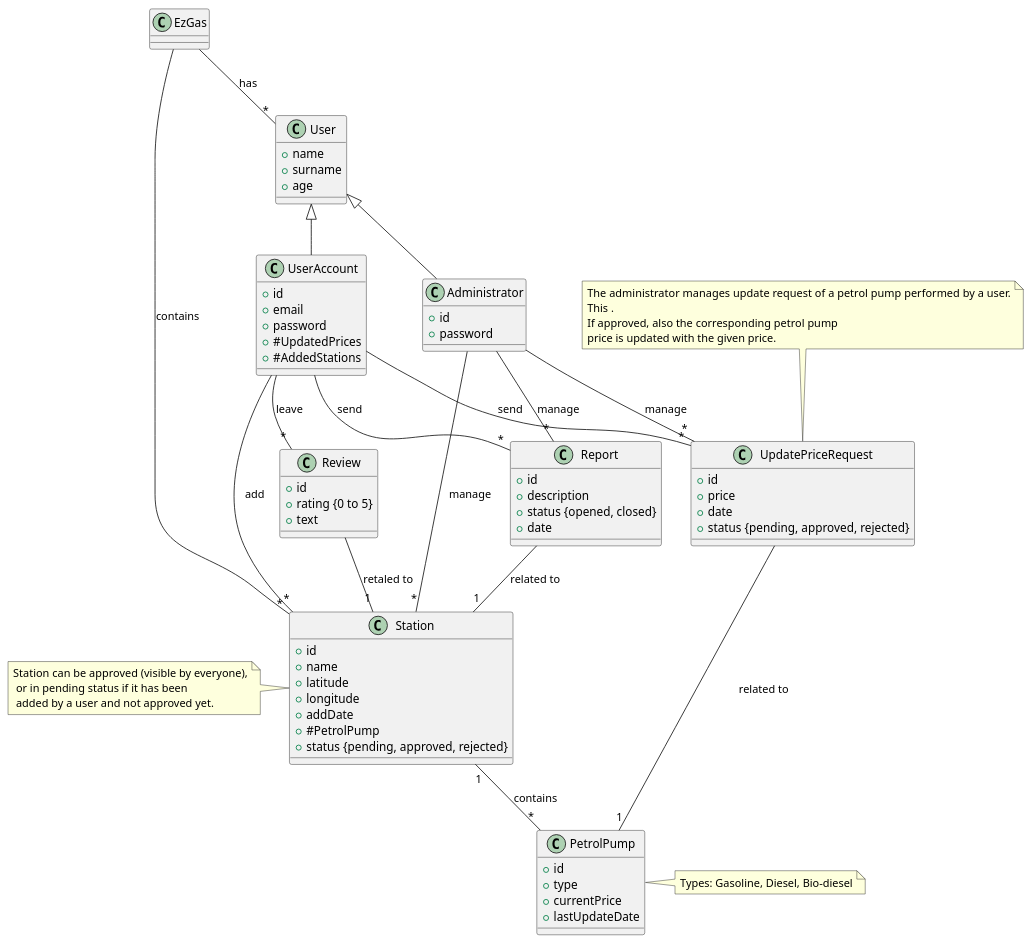
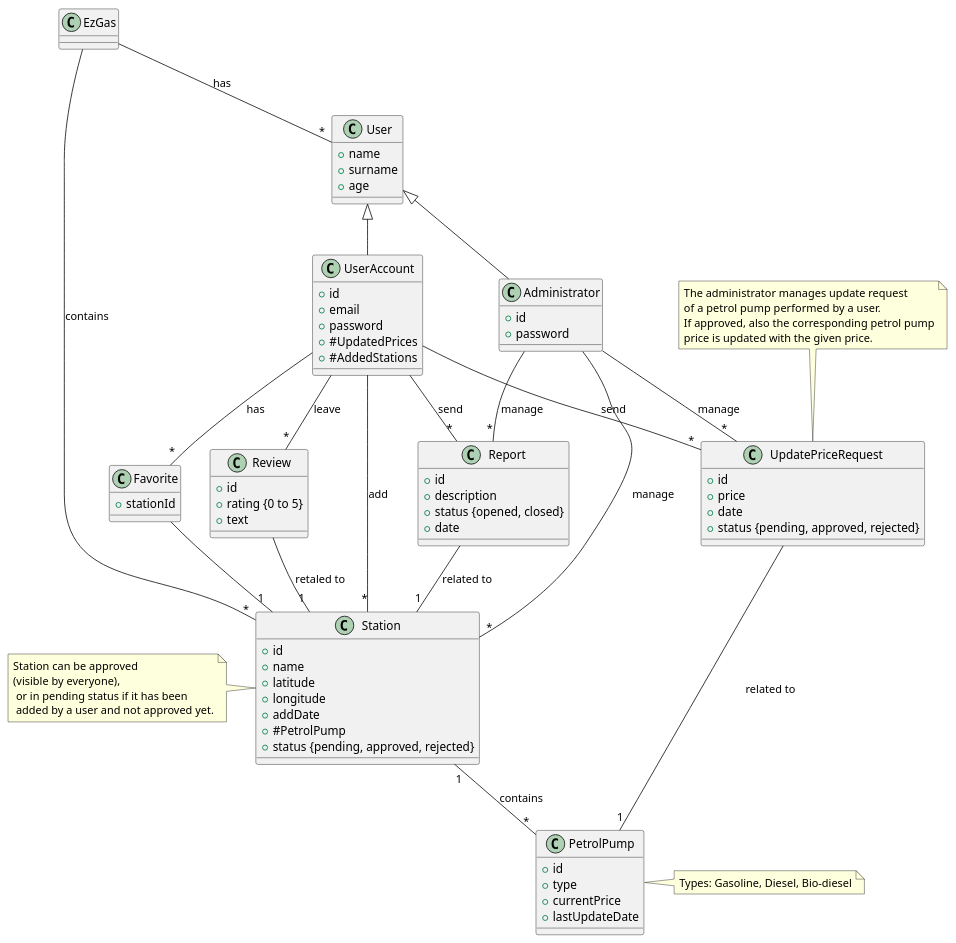
Before and after one commit to peppep97/se1: the third of 3 diagrams in Giuseppe/REQ_s280085.md, drawn with PlantUML. The commit also changed other lines of this file, not shown here.

````diff
--- a/Giuseppe/REQ_s280085.md
+++ b/Giuseppe/REQ_s280085.md
@@ -300,6 +329,10 @@
 + password
 }
 
+class Favorite {
++ stationId
+}
+
 class Review {
 + id
 + rating {0 to 5}
@@ -310,9 +343,11 @@
 EzGas -- "*" Station : contains
 Station "1" -- "*" PetrolPump : contains
 UserAccount -- "*" Station : add
+UserAccount -- "*" Favorite : has
 UserAccount -- "*" UpdatePriceRequest : send
 UserAccount -- "*" Report: send
 UserAccount -- "*" Review: leave
+Favorite -- "1" Station
 Review -- "1" Station: retaled to
 UpdatePriceRequest -- "1" PetrolPump : related to
 Report -- "1" Station : related to
@@ -323,10 +358,9 @@
 User <|-- UserAccount
 User <|-- Administrator
 
+note right of PetrolPump : Types: Gasoline, Diesel, Bio-diesel
+note left of Station: Station can be approved\n(visible by everyone),\n or in pending status if it has been\n added by a user and not approved yet.
 
-note right of PetrolPump : Types: Gasoline, Diesel, Bio-diesel
-note left of Station: Station can be approved (visible by everyone),\n or in pending status if it has been\n added by a user and not approved yet.
-
-note top of UpdatePriceRequest: The administrator manages update request of a petrol pump performed by a user.\nThis .\nIf approved, also the corresponding petrol pump\nprice is updated with the given price.
+note top of UpdatePriceRequest: The administrator manages update request\nof a petrol pump performed by a user.\nIf approved, also the corresponding petrol pump\nprice is updated with the given price.
 
 ```
````
